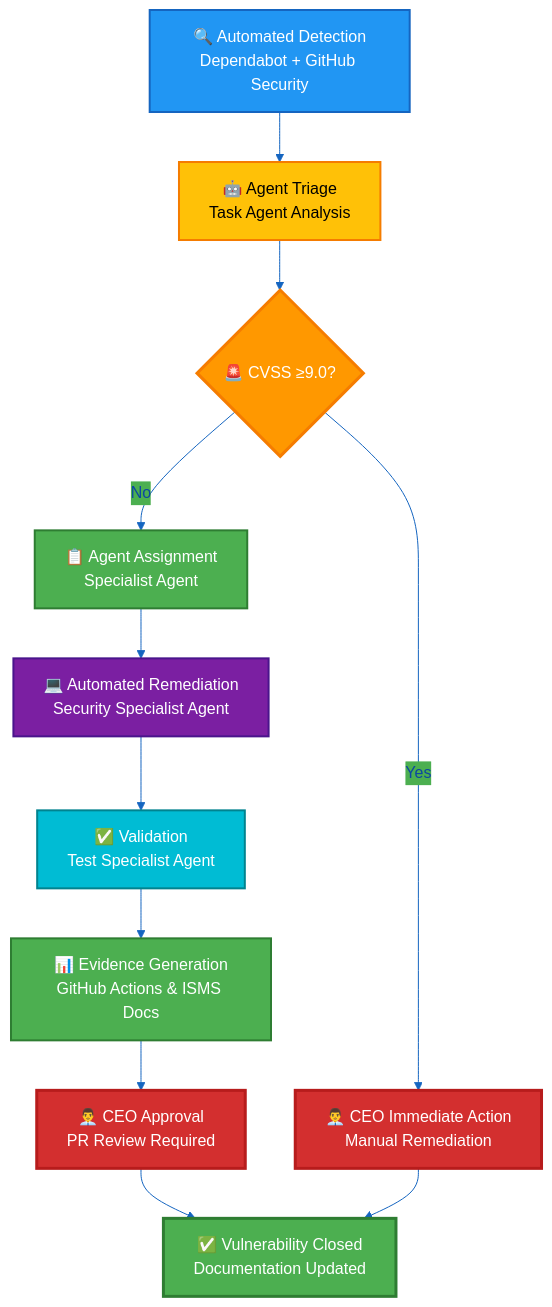
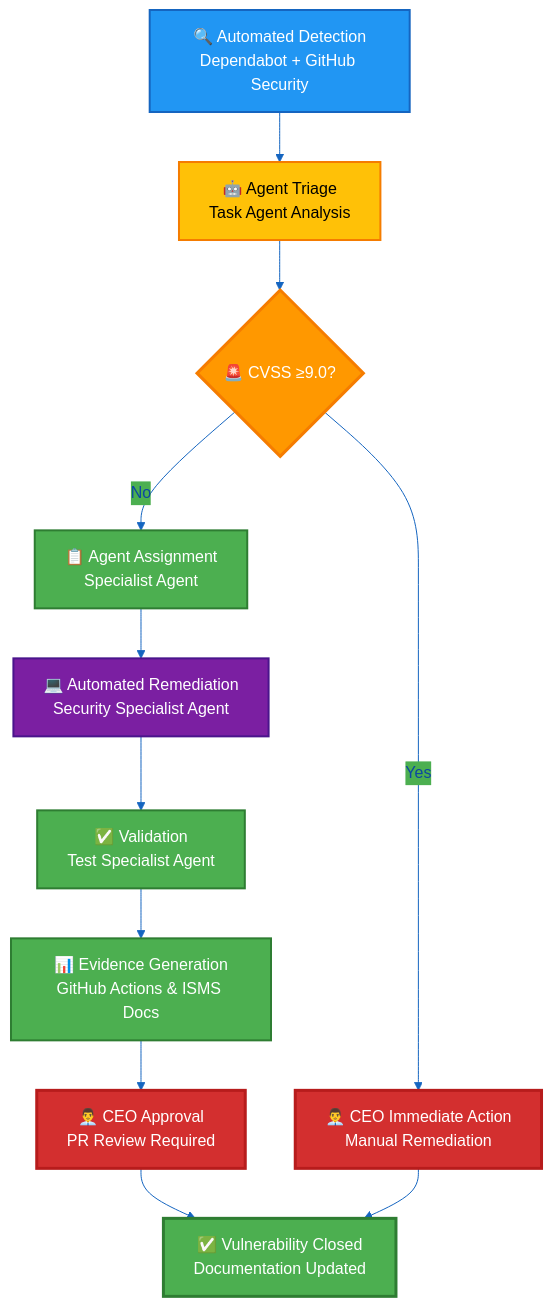
The sixth of 6 diagrams in Vulnerability_Management.md (Hack23/ISMS-PUBLIC), drawn with Mermaid before and after one commit. The commit also changed other lines of this file, not shown here.

````diff
--- a/Vulnerability_Management.md
+++ b/Vulnerability_Management.md
@@ -663,36 +931,36 @@
 ```mermaid
 %%{
   init: {
     'theme': 'base',
     'themeVariables': {
       'primaryColor': '#1565C0',
       'primaryTextColor': '#0d47a1',
       'lineColor': '#1565C0',
       'secondaryColor': '#4CAF50',
       'tertiaryColor': '#FF9800'
     }
   }
 }%%
 flowchart TD
     DETECT[🔍 Automated Detection<br/>Dependabot + GitHub Security] --> TRIAGE[🤖 Agent Triage<br/>Task Agent Analysis]
     TRIAGE --> CRITICAL{🚨 CVSS ≥9.0?}
     CRITICAL -->|Yes| HUMAN[👨‍💼 CEO Immediate Action<br/>Manual Remediation]
     CRITICAL -->|No| ASSIGN[📋 Agent Assignment<br/>Specialist Agent]
     ASSIGN --> IMPLEMENT[💻 Automated Remediation<br/>Security Specialist Agent]
     IMPLEMENT --> VALIDATE[✅ Validation<br/>Test Specialist Agent]
     VALIDATE --> EVIDENCE[📊 Evidence Generation<br/>GitHub Actions & ISMS Docs]
     EVIDENCE --> CEO_APPROVE[👨‍💼 CEO Approval<br/>PR Review Required]
     CEO_APPROVE --> CLOSE[✅ Vulnerability Closed<br/>Documentation Updated]
     HUMAN --> CLOSE
     
     style DETECT fill:#2196F3,stroke:#1565C0,stroke-width:2px,color:#fff
     style TRIAGE fill:#FFC107,stroke:#F57C00,stroke-width:2px,color:#000
     style CRITICAL fill:#FF9800,stroke:#F57C00,stroke-width:3px,color:#fff
     style HUMAN fill:#D32F2F,stroke:#B71C1C,stroke-width:3px,color:#fff
     style ASSIGN fill:#4CAF50,stroke:#2E7D32,stroke-width:2px,color:#fff
     style IMPLEMENT fill:#7B1FA2,stroke:#4A148C,stroke-width:2px,color:#fff
-    style VALIDATE fill:#00BCD4,stroke:#00838F,stroke-width:2px,color:#fff
+    style VALIDATE fill:#4CAF50,stroke:#2E7D32,stroke-width:2px,color:#fff
     style EVIDENCE fill:#4CAF50,stroke:#2E7D32,stroke-width:2px,color:#fff
     style CEO_APPROVE fill:#D32F2F,stroke:#B71C1C,stroke-width:3px,color:#fff
     style CLOSE fill:#4CAF50,stroke:#2E7D32,stroke-width:3px,color:#fff
 ```
````
